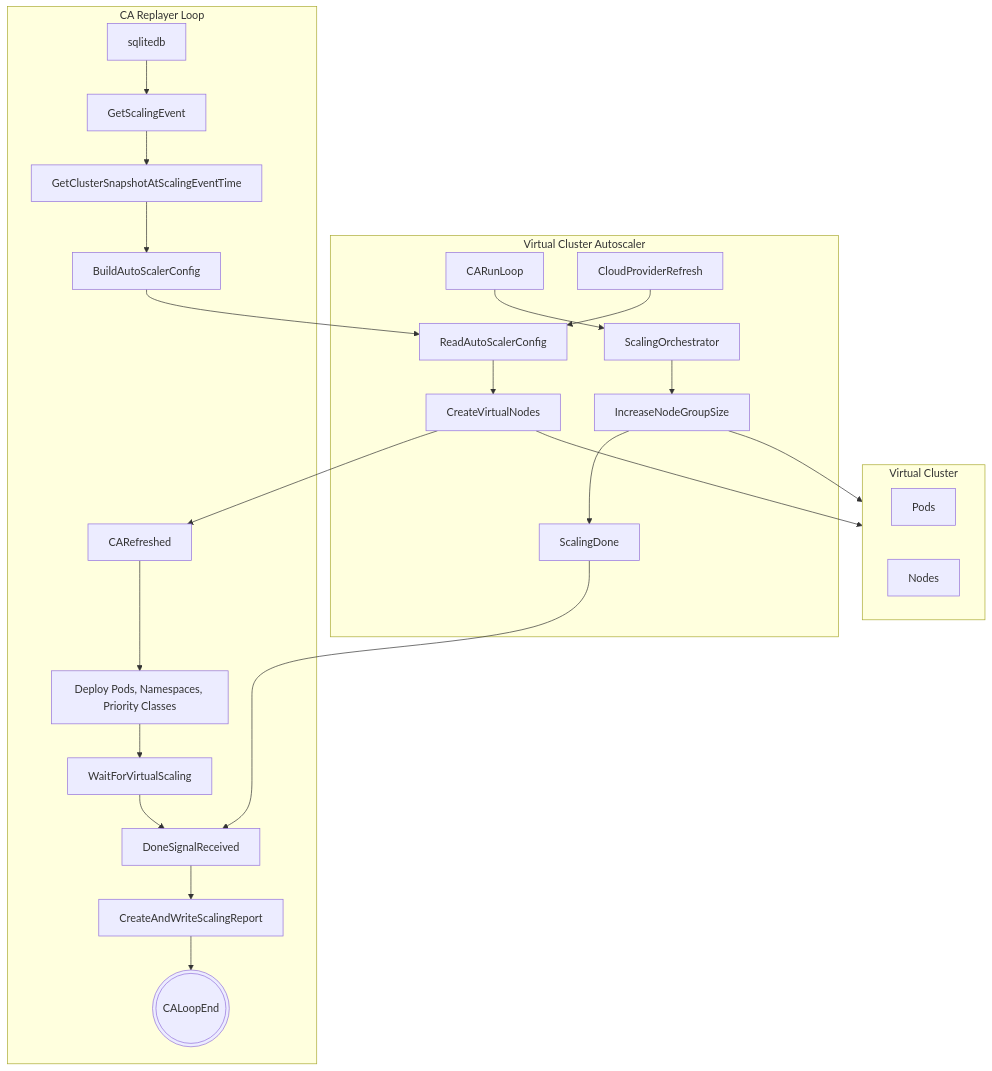
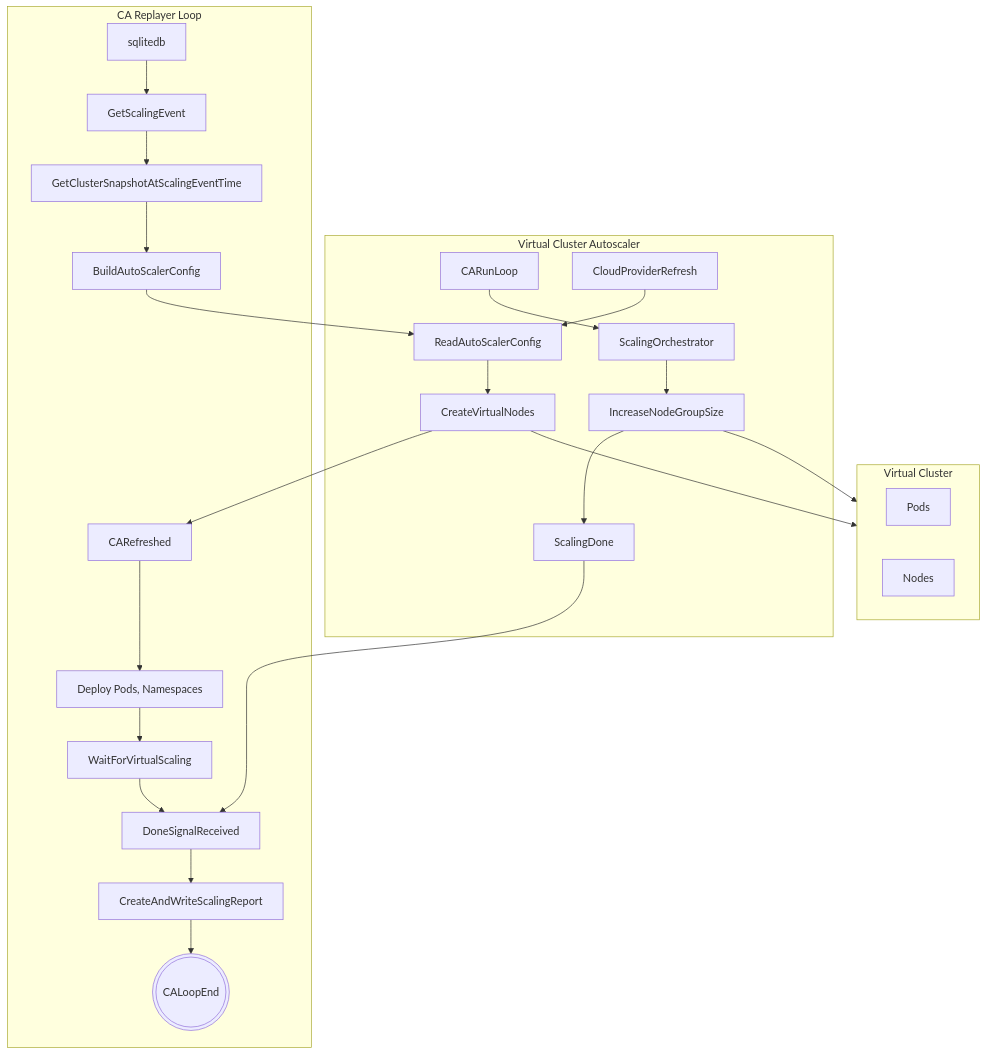
One commit to elankath/gardener-scaling-history changed the second of 3 diagrams in README.md. Above: the diagram before and after it, drawn with Mermaid. The commit also changed other lines of this file and 2 other files, not shown here.

Commit message:
readme md updated with arch & design diagrams

````diff
--- a/README.md
+++ b/README.md
@@ -57,40 +54,39 @@
 ```mermaid
 graph TB
 
 subgraph vca["Virtual Cluster Autoscaler"]
 CARunLoop
 -->ScalingOrchestrator
 -->IncreaseNodeGroupSize
 -->ScalingDone
 CloudProviderRefresh
 -->ReadAutoScalerConfig
 -->CreateVirtualNodes
 end
 
 BuildAutoScalerConfig-->ReadAutoScalerConfig
 subgraph ca_replayer["CA Replayer Loop"]
 sqlitedb-->GetScalingEvent
 GetScalingEvent
 -->GetClusterSnapshotAtScalingEventTime
 -->BuildAutoScalerConfig
 CARefreshed
--->DeployWorkload["<div>Deploy Pods, Namespaces, Priority Classes
-</div>"]
+-->DeployWorkload["<div>Deploy Pods, Namespaces</div>"]
 -->WaitForVirtualScaling
 -->DoneSignalReceived
 -->CreateAndWriteScalingReport
 -->RepeatLoop(((CALoopEnd)))
 end
 
 
 subgraph kvcl["Virtual Cluster"]
 Pods
 Nodes
 end
 
 
 IncreaseNodeGroupSize-->kvcl
 CreateVirtualNodes-->kvcl
 CreateVirtualNodes-->CARefreshed
 ScalingDone-->DoneSignalReceived
 ```
````
